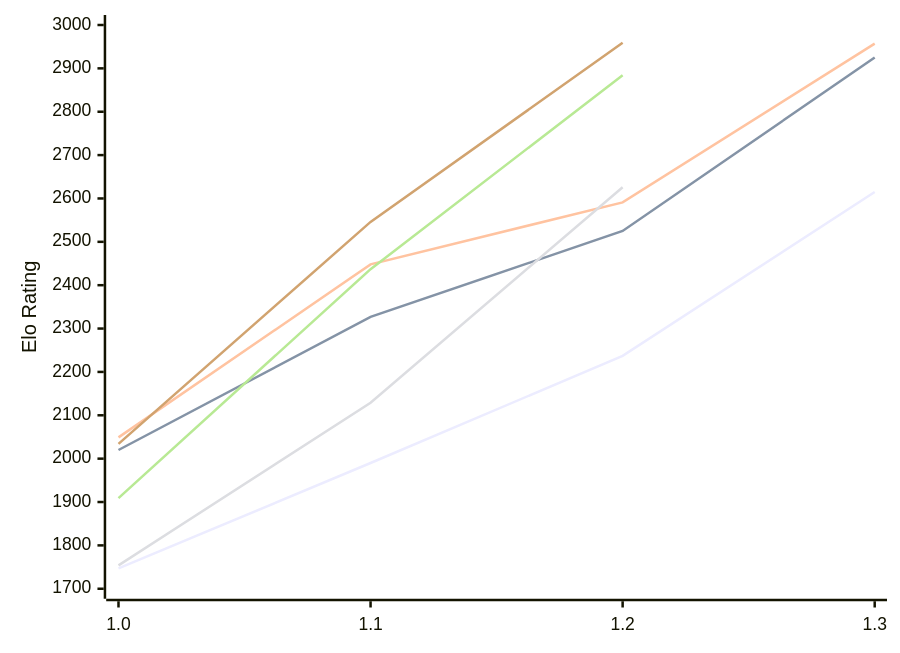
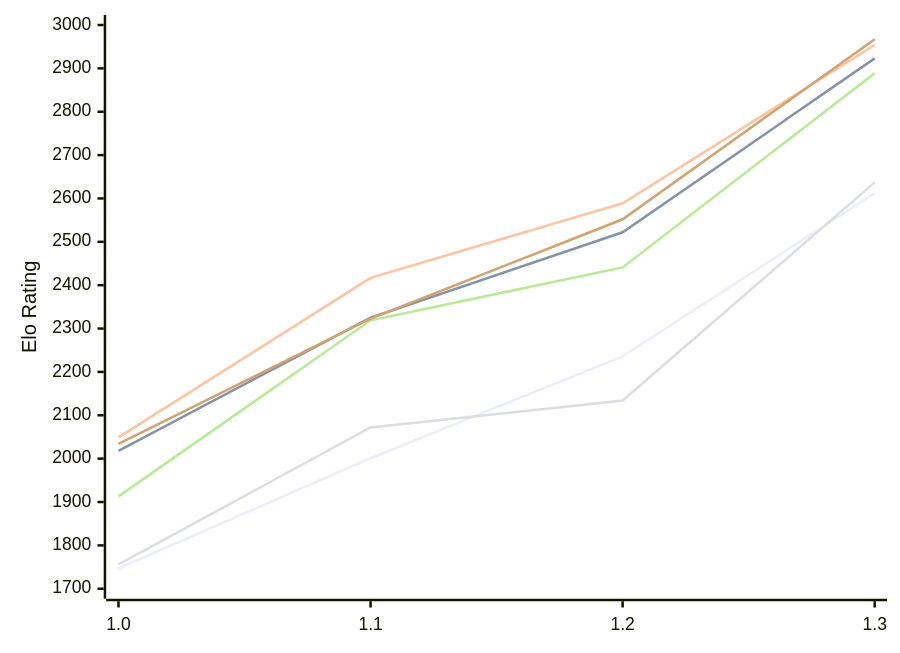
The first of 2 diagrams in engines/Echekinator.md (computer-chess-index/cci), drawn with Mermaid before and after one commit. The commit also changed other lines of this file, not shown here.

Commit message:
Update CCI Ratings (ELO VLTC) - 2026-11-23

````diff
--- a/engines/Echekinator.md
+++ b/engines/Echekinator.md
@@ -53,12 +54,12 @@
 ```mermaid
 %%{init: {"theme":"base","themeVariables":{"seriesColors:['#a3a3a3','#222221','#faa371']}}}%%
 xychart-beta
   x-axis ["1.0", "1.1", "1.2", "1.3"]
   y-axis "Elo Rating" 1700 --> 3000
-  line "E1: STC (8.0+0.08s)" [1747, 1990, 2237, 2615]
-  line "E1: LTC (60.0+0.60s)" [2020, 2327, 2525, 2925]
-  line "E1: VLTC (2m24s+1.12s)" [2049, 2448, 2591, 2957]
-  line "P1: STC (8.0+0.08s)" [1754, 2129, 2626]
-  line "P1: LTC (60.0+0.60s)" [1909, 2437, 2884]
-  line "P1: VLTC (2m24s+1.12s)" [2034, 2546, 2959]
+  line "E1: STC (8.0+0.08s)" [1747, 2001, 2236, 2612]
+  line "E1: LTC (60.0+0.60s)" [2018, 2325, 2522, 2923]
+  line "E1: VLTC (2m24s+1.12s)" [2049, 2417, 2589, 2954]
+  line "P1: STC (8.0+0.08s)" [1756, 2072, 2134, 2637]
+  line "P1: LTC (60.0+0.60s)" [1913, 2319, 2441, 2889]
+  line "P1: VLTC (2m24s+1.12s)" [2034, 2323, 2552, 2967]
 ```
````
